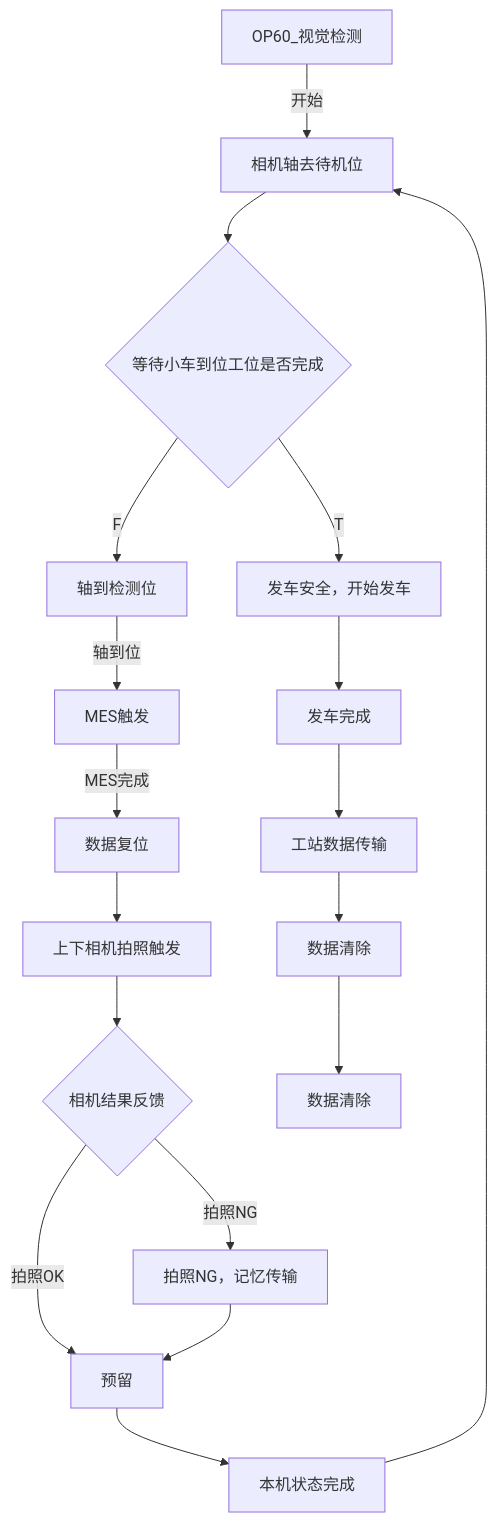
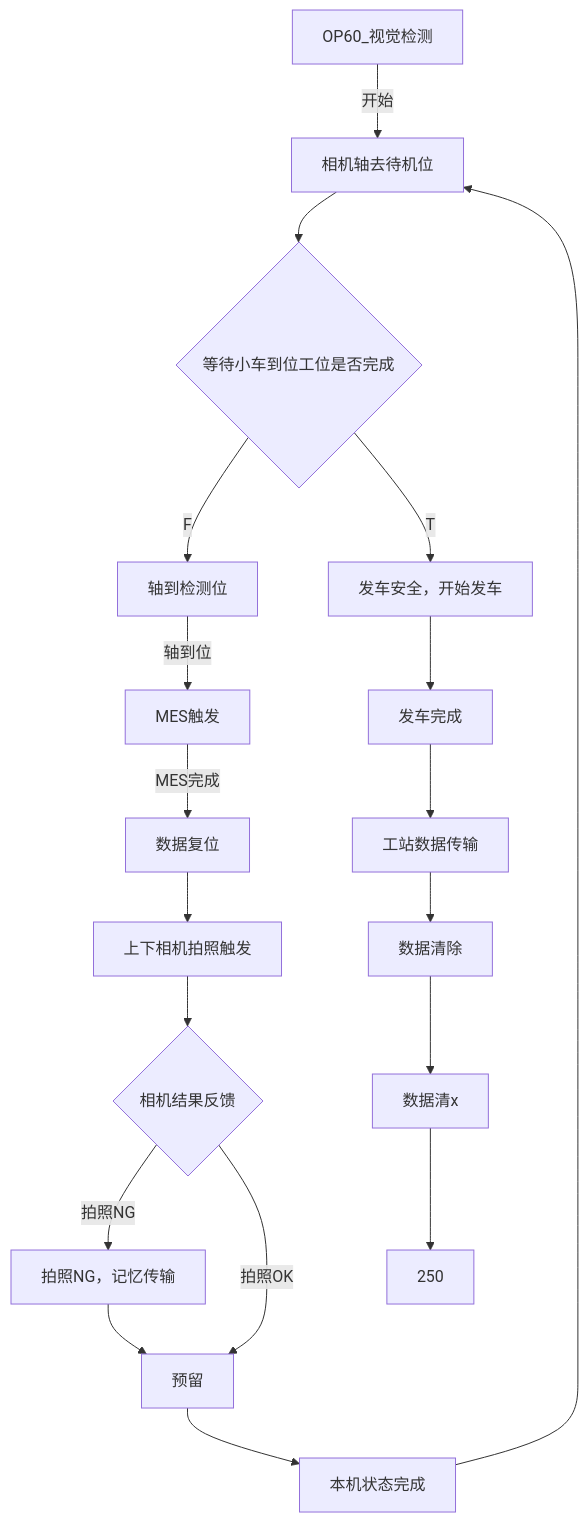
The diagram in all/OP60_视觉检测工位1-2.md (zmq000/iodraw-files), drawn with Mermaid before and after one commit.

Commit message:
2026-06-30 19:57:05 update

````diff
--- a/all/OP60_视觉检测工位1-2.md
+++ b/all/OP60_视觉检测工位1-2.md
@@ -1,21 +1,21 @@
 ```mermaid
 graph TD
    0[OP60_视觉检测]-->|开始|10
    10[相机轴去待机位]-->20
    20{等待小车到位工位是否完成}-->|F|100
    20-->|T|200
    100[轴到检测位]-->|轴到位|105
    105[MES触发]-->|MES完成|110
    110[数据复位]-->120
    120[上下相机拍照触发]-->130
    130{相机结果反馈}-->|拍照NG|140
    130-->|拍照OK|150
    140[拍照NG，记忆传输]-->150
    150[预留]-->160
    160[本机状态完成]-->10
    200[发车安全，开始发车]-->210
    210[发车完成]-->220
    220[工站数据传输]-->230
    230[数据清除]-->240
-   240[数据清除]
+   240[数据清x]-->250
 ```
````
